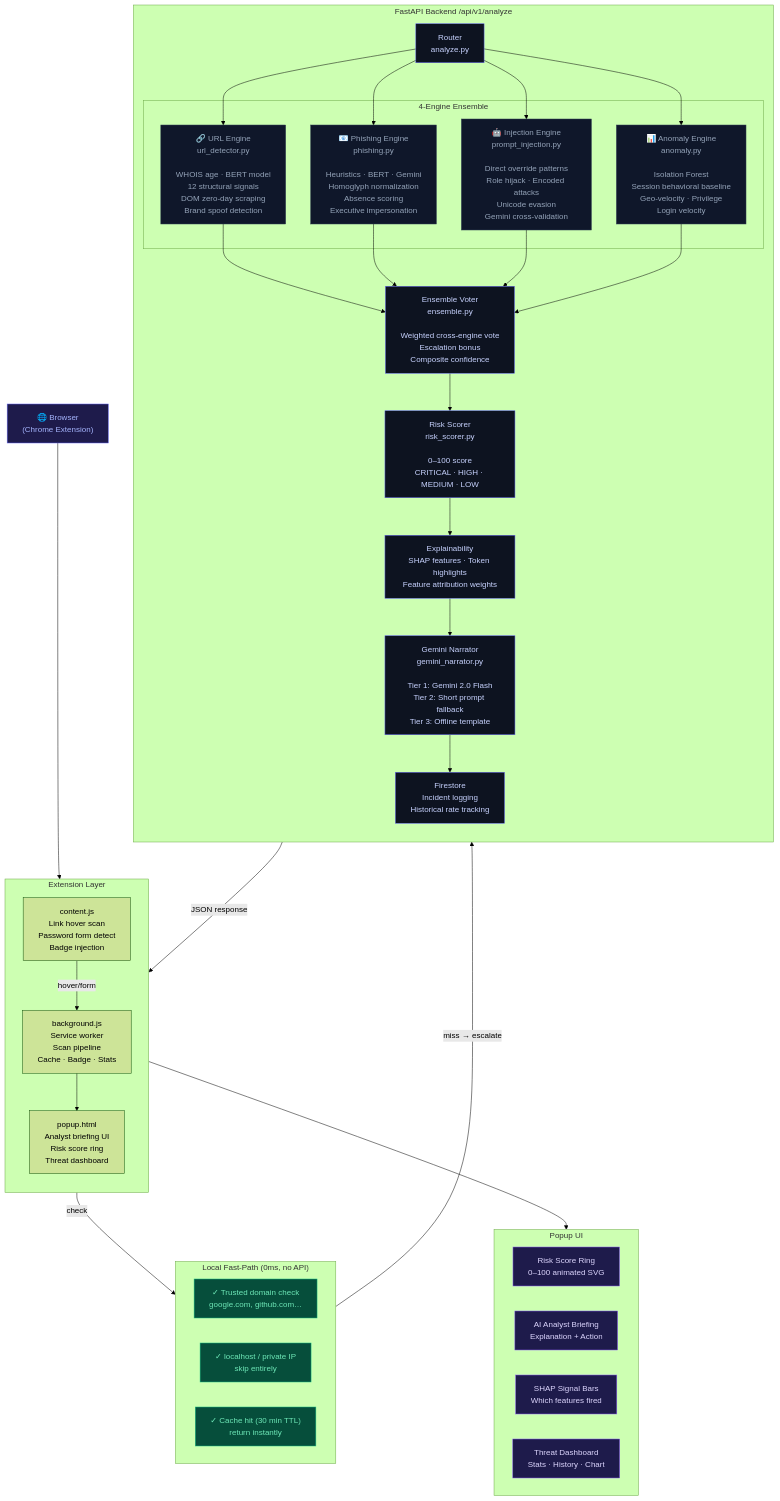
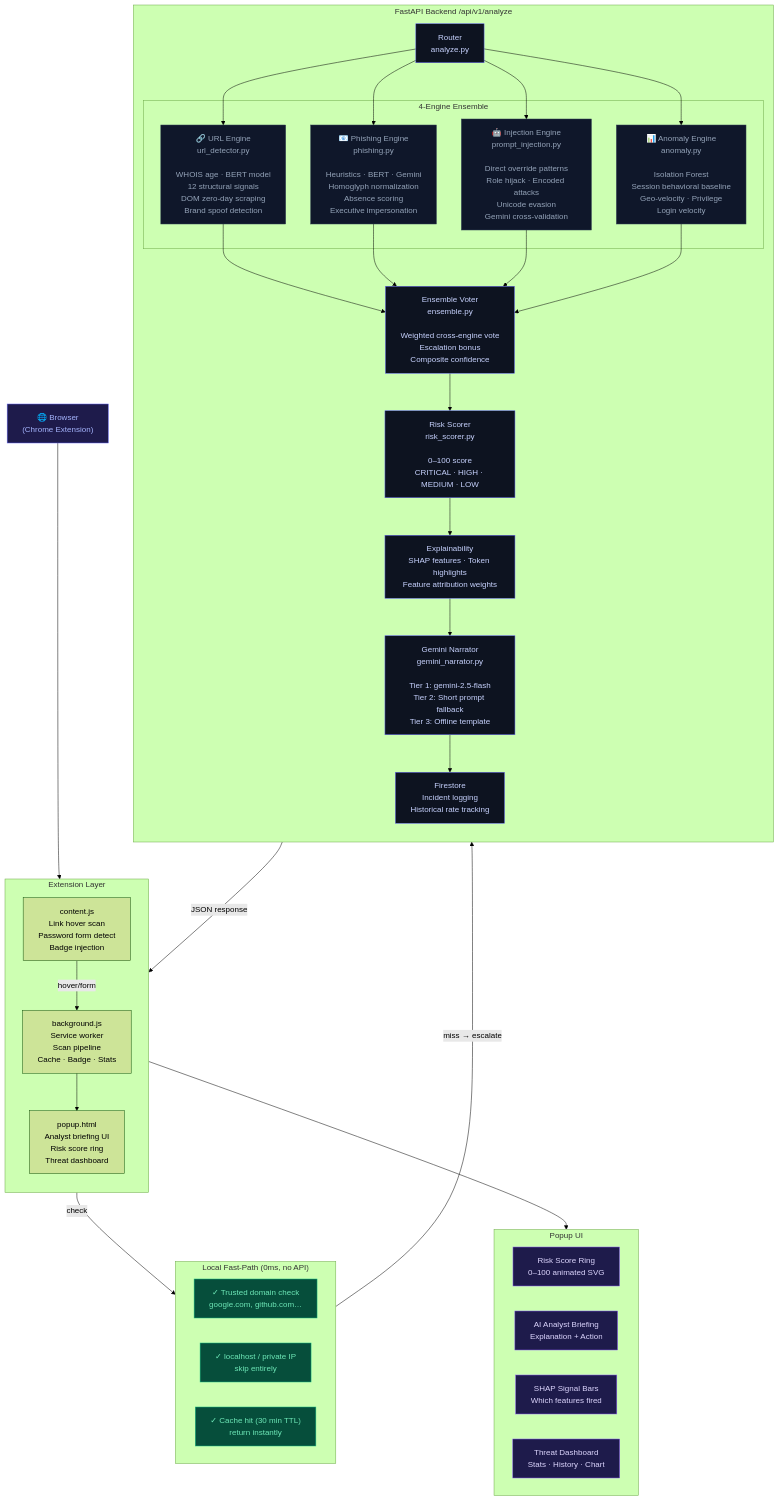
Before and after one commit to ramakrishnanyadav/INDIANEXT_X_CHITTI2.0: the diagram in sentineliq/ARCHITECTURE.md, drawn with Mermaid (forest theme). The commit also changed other lines of this file and 12 other files, not shown here.

````diff
--- a/sentineliq/ARCHITECTURE.md
+++ b/sentineliq/ARCHITECTURE.md
@@ -9,66 +9,66 @@
 ```mermaid
 flowchart TD
     A["🌐 Browser\n(Chrome Extension)"]:::ext
 
     subgraph EXT["Extension Layer"]
         direction TB
         C1["content.js\nLink hover scan\nPassword form detect\nBadge injection"]
         C2["background.js\nService worker\nScan pipeline\nCache · Badge · Stats"]
         C3["popup.html\nAnalyst briefing UI\nRisk score ring\nThreat dashboard"]
     end
 
     subgraph LOCAL["Local Fast-Path (0ms, no API)"]
         L1["✓ Trusted domain check\n  google.com, github.com…"]
         L2["✓ localhost / private IP\n  skip entirely"]
         L3["✓ Cache hit (30 min TTL)\n  return instantly"]
     end
 
     subgraph API["FastAPI Backend  /api/v1/analyze"]
         direction TB
         R["Router\nanalyze.py"]
 
         subgraph ENGINES["4-Engine Ensemble"]
             E1["🔗 URL Engine\nurl_detector.py\n\nWHOIS age · BERT model\n12 structural signals\nDOM zero-day scraping\nBrand spoof detection"]
             E2["📧 Phishing Engine\nphishing.py\n\nHeuristics · BERT · Gemini\nHomoglyph normalization\nAbsence scoring\nExecutive impersonation"]
             E3["🤖 Injection Engine\nprompt_injection.py\n\nDirect override patterns\nRole hijack · Encoded attacks\nUnicode evasion\nGemini cross-validation"]
             E4["📊 Anomaly Engine\nanomaly.py\n\nIsolation Forest\nSession behavioral baseline\nGeo-velocity · Privilege\nLogin velocity"]
         end
 
         ENS["Ensemble Voter\nensemble.py\n\nWeighted cross-engine vote\nEscalation bonus\nComposite confidence"]
         RISK["Risk Scorer\nrisk_scorer.py\n\n0–100 score\nCRITICAL · HIGH · MEDIUM · LOW"]
         XAI["Explainability\nSHAP features · Token highlights\nFeature attribution weights"]
-        NAR["Gemini Narrator\ngemini_narrator.py\n\nTier 1: Gemini 2.0 Flash\nTier 2: Short prompt fallback\nTier 3: Offline template"]
+        NAR["Gemini Narrator\ngemini_narrator.py\n\nTier 1: gemini-2.5-flash\nTier 2: Short prompt fallback\nTier 3: Offline template"]
         DB["Firestore\nIncident logging\nHistorical rate tracking"]
     end
 
     subgraph POPUP["Popup UI"]
         P1["Risk Score Ring\n0–100 animated SVG"]
         P2["AI Analyst Briefing\nExplanation + Action"]
         P3["SHAP Signal Bars\nWhich features fired"]
         P4["Threat Dashboard\nStats · History · Chart"]
     end
 
     A --> EXT
     C1 -->|"hover/form"| C2
     C2 -->|"check"| LOCAL
     LOCAL -->|"miss → escalate"| API
     R --> E1 & E2 & E3 & E4
     E1 & E2 & E3 & E4 --> ENS
     ENS --> RISK --> XAI --> NAR
     NAR --> DB
     API -->|"JSON response"| C2
     C2 --> C3
     C3 --> POPUP
 
     classDef ext fill:#1e1b4b,stroke:#6366f1,color:#a5b4fc
     classDef local fill:#064e3b,stroke:#10b981,color:#6ee7b7
     classDef engine fill:#0f172a,stroke:#334155,color:#94a3b8
     classDef api fill:#0d1320,stroke:#6366f1,color:#c7d2fe
     classDef popup fill:#1e1b4b,stroke:#8b5cf6,color:#ddd6fe
 
     class A ext
     class L1,L2,L3 local
     class E1,E2,E3,E4 engine
     class R,ENS,RISK,XAI,NAR,DB api
     class P1,P2,P3,P4 popup
 ```
````
